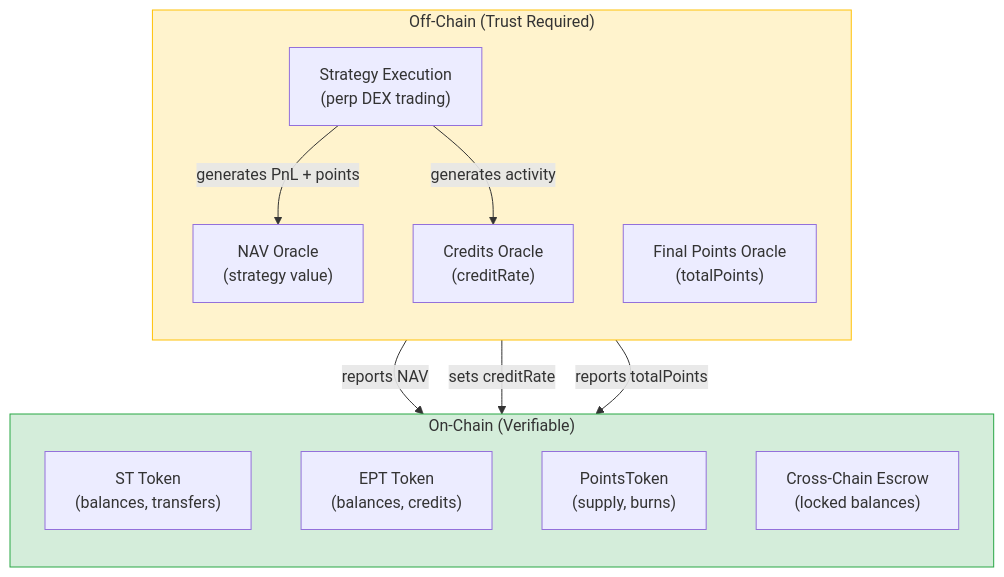
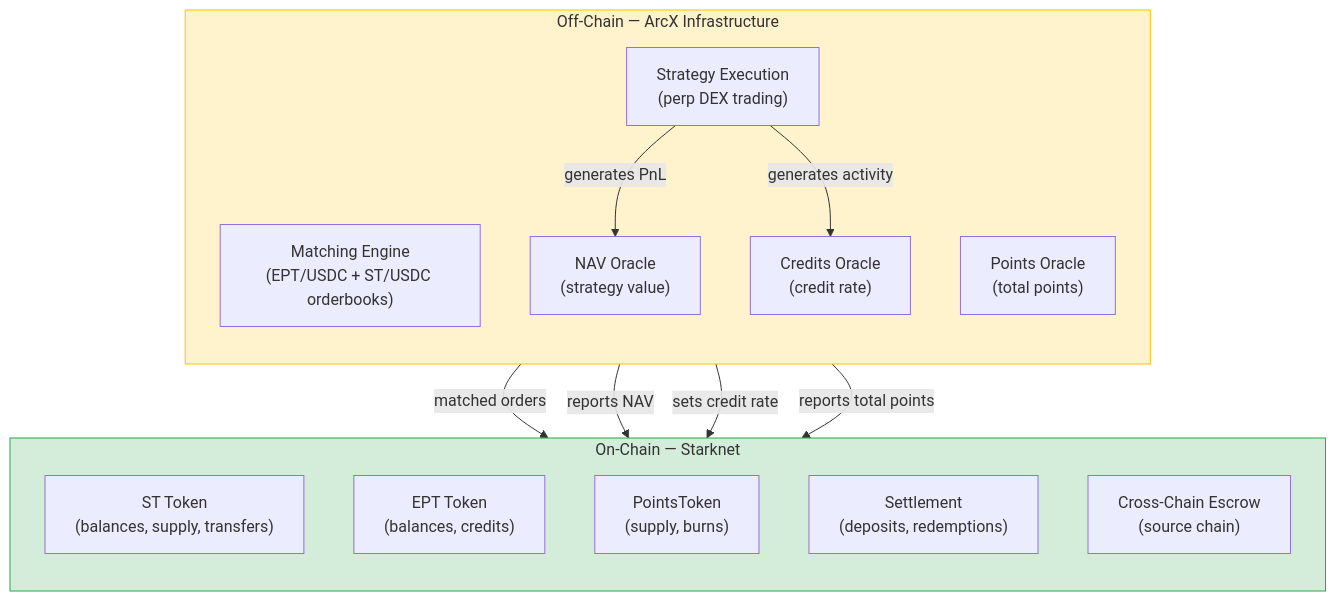
Before and after one commit to karnotxyz/docs: the diagram in deep-dives/trust-model-and-security.mdx, drawn with Mermaid. The commit also changed other lines of this file and 18 other files, not shown here.

First line of the commit message:
docs: rewrite ArcX V3 protocol docs to reflect current architecture

````diff
--- a/deep-dives/trust-model-and-security.mdx
+++ b/deep-dives/trust-model-and-security.mdx
@@ -22,27 +197,30 @@
 ```mermaid
 flowchart TB
-    subgraph ON_CHAIN["On-Chain (Verifiable)"]
+    subgraph ON_CHAIN["On-Chain — Starknet"]
         direction TB
-        ST["ST Token<br/>(balances, transfers)"]
-        EPT["EPT Token<br/>(balances, credits)"]
-        PT["PointsToken<br/>(supply, burns)"]
-        ESC["Cross-Chain Escrow<br/>(locked balances)"]
+        ST["ST Token\n(balances, supply, transfers)"]
+        EPT["EPT Token\n(balances, credits)"]
+        PT["PointsToken\n(supply, burns)"]
+        SETTLE["Settlement\n(deposits, redemptions)"]
+        ESC["Cross-Chain Escrow\n(source chain)"]
     end
 
-    subgraph OFF_CHAIN["Off-Chain (Trust Required)"]
+    subgraph OFF_CHAIN["Off-Chain — ArcX Infrastructure"]
         direction TB
-        NAV["NAV Oracle<br/>(strategy value)"]
-        CR["Credits Oracle<br/>(creditRate)"]
-        FP["Final Points Oracle<br/>(totalPoints)"]
-        STRAT["Strategy Execution<br/>(perp DEX trading)"]
+        MATCH["Matching Engine\n(EPT/USDC + ST/USDC orderbooks)"]
+        NAV["NAV Oracle\n(strategy value)"]
+        CR["Credits Oracle\n(credit rate)"]
+        FP["Points Oracle\n(total points)"]
+        STRAT["Strategy Execution\n(perp DEX trading)"]
     end
 
+    MATCH -->|"matched orders"| SETTLE
     NAV -->|"reports NAV"| ST
-    CR -->|"sets creditRate"| EPT
-    FP -->|"reports totalPoints"| EPT
-    STRAT -->|"generates PnL + points"| NAV
+    CR -->|"sets credit rate"| EPT
+    FP -->|"reports total points"| EPT
+    STRAT -->|"generates PnL"| NAV
     STRAT -->|"generates activity"| CR
 
     style ON_CHAIN fill:#d4edda,stroke:#28a745
     style OFF_CHAIN fill:#fff3cd,stroke:#ffc107
 ```
````
